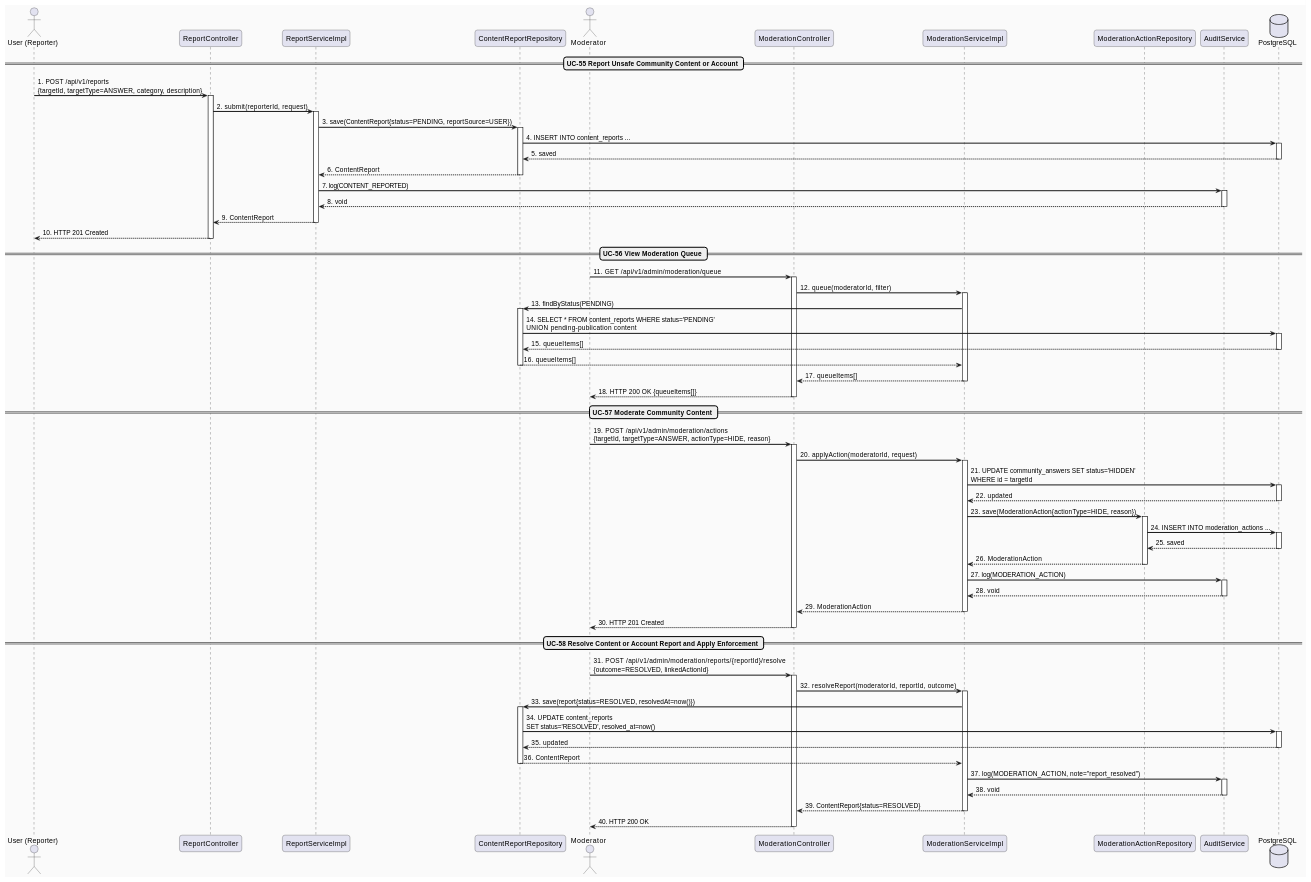
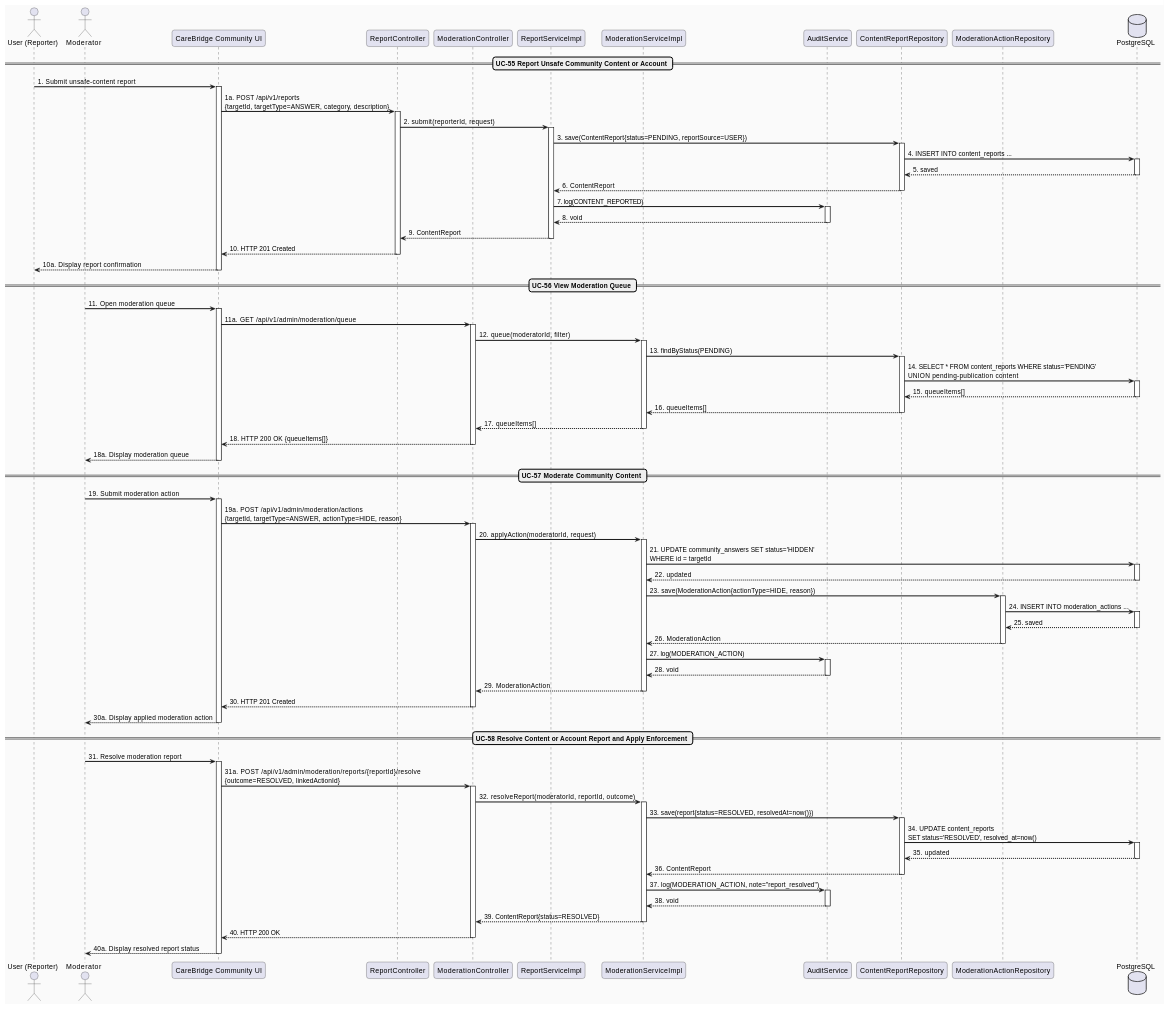
One commit to ChuongBDHE172784/CareBridge_SEP490_G79 changed the second of 2 diagrams in docs/Detailed_Design/MF04_Community_QA_Moderation/02_Content_Moderation_Enforcement_Pipeline.md. Above: the diagram before and after it, drawn with PlantUML. The commit also changed other lines of this file and 97 other files, not shown here.

Commit message:
docs: update detailed design documentation with new diagrams and restructured module files.

````diff
--- a/docs/Detailed_Design/MF04_Community_QA_Moderation/02_Content_Moderation_Enforcement_Pipeline.md
+++ b/docs/Detailed_Design/MF04_Community_QA_Moderation/02_Content_Moderation_Enforcement_Pipeline.md
@@ -140,18 +140,21 @@
 skinparam backgroundColor #FAFAFA
 
 actor "User (Reporter)" as U
+actor "Moderator" as Mod
+participant "CareBridge Community UI" as UI
 participant "ReportController" as ReportController
+participant "ModerationController" as ModController
 participant "ReportServiceImpl" as ReportService
+participant "ModerationServiceImpl" as Service
+participant "AuditService" as Audit
 participant "ContentReportRepository" as ReportRepo
-actor "Moderator" as Mod
-participant "ModerationController" as ModController
-participant "ModerationServiceImpl" as Service
 participant "ModerationActionRepository" as ActionRepo
-participant "AuditService" as Audit
 database "PostgreSQL" as DB
 
 == UC-55 Report Unsafe Community Content or Account ==
-U -> ReportController : 1. POST /api/v1/reports\n{targetId, targetType=ANSWER, category, description}
+U -> UI : 1. Submit unsafe-content report
+activate UI
+UI -> ReportController : 1a. POST /api/v1/reports\n{targetId, targetType=ANSWER, category, description}
 activate ReportController
 ReportController -> ReportService : 2. submit(reporterId, request)
 activate ReportService
@@ -169,11 +172,15 @@
 deactivate Audit
 ReportService --> ReportController : 9. ContentReport
 deactivate ReportService
-ReportController --> U : 10. HTTP 201 Created
+ReportController --> UI : 10. HTTP 201 Created
 deactivate ReportController
+UI --> U : 10a. Display report confirmation
+deactivate UI
 
 == UC-56 View Moderation Queue ==
-Mod -> ModController : 11. GET /api/v1/admin/moderation/queue
+Mod -> UI : 11. Open moderation queue
+activate UI
+UI -> ModController : 11a. GET /api/v1/admin/moderation/queue
 activate ModController
 ModController -> Service : 12. queue(moderatorId, filter)
 activate Service
@@ -187,11 +194,15 @@
 deactivate ReportRepo
 Service --> ModController : 17. queueItems[]
 deactivate Service
-ModController --> Mod : 18. HTTP 200 OK {queueItems[]}
+ModController --> UI : 18. HTTP 200 OK {queueItems[]}
 deactivate ModController
+UI --> Mod : 18a. Display moderation queue
+deactivate UI
 
 == UC-57 Moderate Community Content ==
-Mod -> ModController : 19. POST /api/v1/admin/moderation/actions\n{targetId, targetType=ANSWER, actionType=HIDE, reason}
+Mod -> UI : 19. Submit moderation action
+activate UI
+UI -> ModController : 19a. POST /api/v1/admin/moderation/actions\n{targetId, targetType=ANSWER, actionType=HIDE, reason}
 activate ModController
 ModController -> Service : 20. applyAction(moderatorId, request)
 activate Service
@@ -213,11 +224,15 @@
 deactivate Audit
 Service --> ModController : 29. ModerationAction
 deactivate Service
-ModController --> Mod : 30. HTTP 201 Created
+ModController --> UI : 30. HTTP 201 Created
 deactivate ModController
+UI --> Mod : 30a. Display applied moderation action
+deactivate UI
 
 == UC-58 Resolve Content or Account Report and Apply Enforcement ==
-Mod -> ModController : 31. POST /api/v1/admin/moderation/reports/{reportId}/resolve\n{outcome=RESOLVED, linkedActionId}
+Mod -> UI : 31. Resolve moderation report
+activate UI
+UI -> ModController : 31a. POST /api/v1/admin/moderation/reports/{reportId}/resolve\n{outcome=RESOLVED, linkedActionId}
 activate ModController
 ModController -> Service : 32. resolveReport(moderatorId, reportId, outcome)
 activate Service
@@ -235,8 +250,10 @@
 deactivate Audit
 Service --> ModController : 39. ContentReport{status=RESOLVED}
 deactivate Service
-ModController --> Mod : 40. HTTP 200 OK
+ModController --> UI : 40. HTTP 200 OK
 deactivate ModController
+UI --> Mod : 40a. Display resolved report status
+deactivate UI
 
 @enduml
 ```
````
